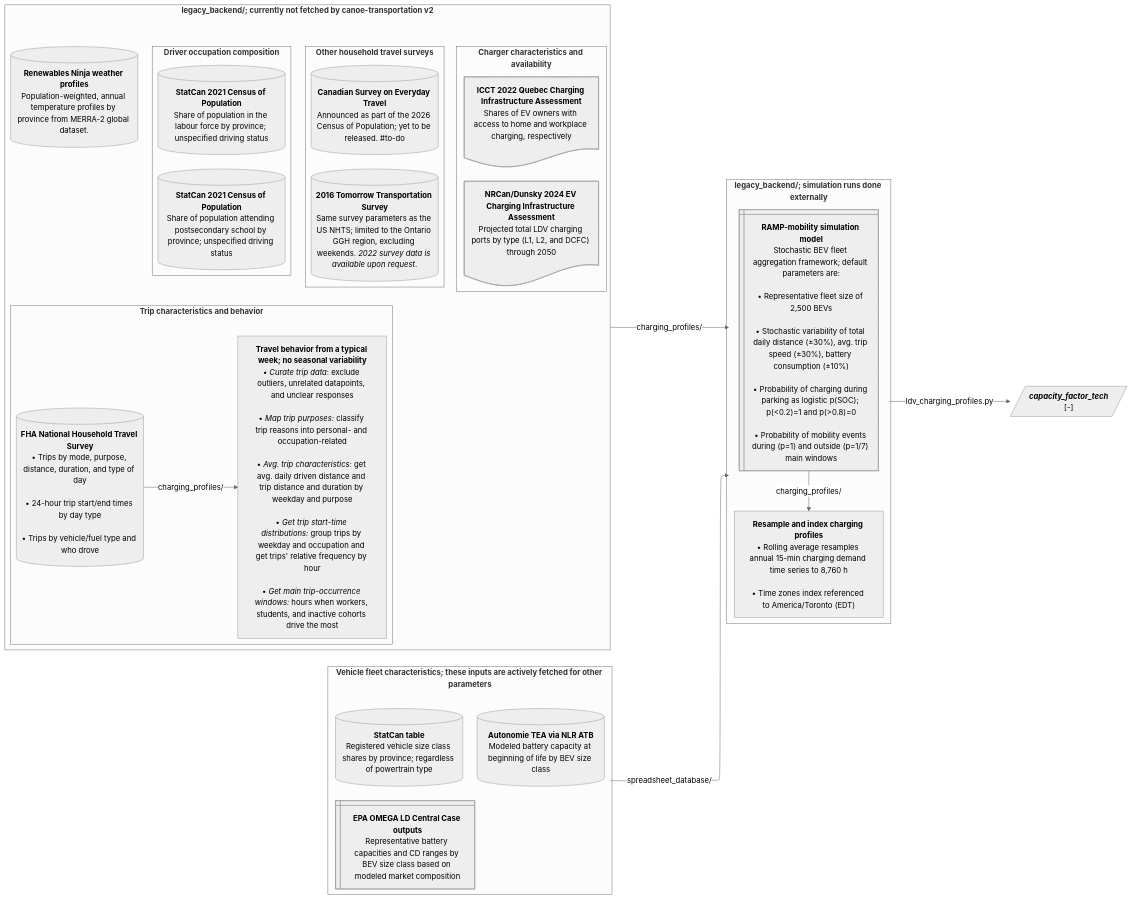
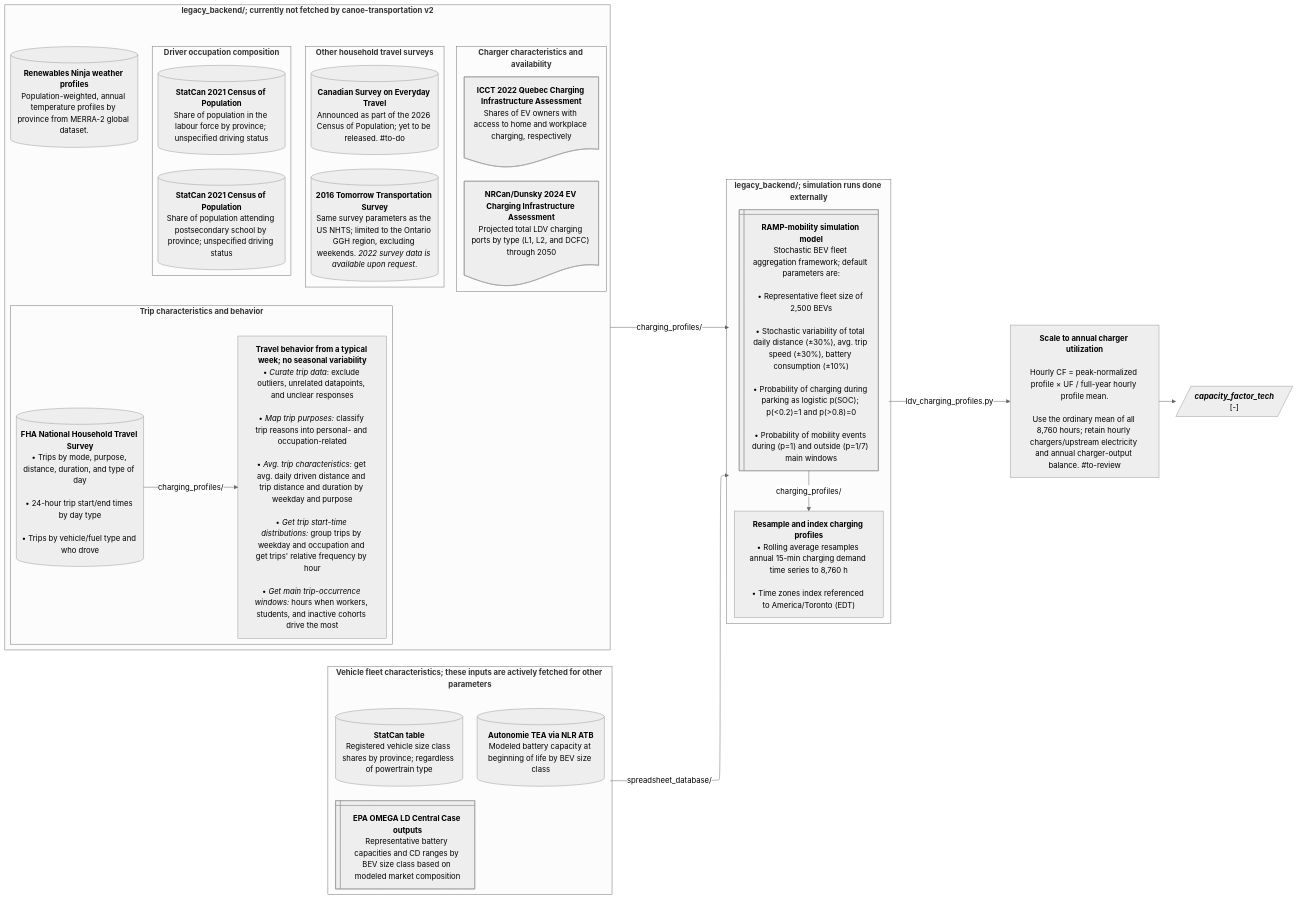
One commit to CANOE-main/canoe-transportation changed diagram 12 of 12 in docs/etl_flowcharts.md. Above: the diagram before and after it, drawn with Mermaid (neutral theme). The commit also changed other lines of this file and 26 other files, not shown here.

First line of the commit message:
Refactor road utilization and capacity factor records

```diff
--- a/docs/etl_flowcharts.md
+++ b/docs/etl_flowcharts.md
@@ -1122,7 +1122,10 @@
   legacy -- charging_profiles/ --> ramp
   vehicle -- spreadsheet_database/ --> ramp
 
-  ramp -- ldv_charging_profiles.py --> o1[/"`***capacity_factor_tech***
+  ramp -- ldv_charging_profiles.py --> p4["`**Scale to annual charger utilization**<br>
+    Hourly CF = peak-normalized profile × UF / full-year hourly profile mean.<br>
+    Use the ordinary mean of all 8,760 hours; retain hourly chargers/upstream electricity and annual charger-output balance. #to-review`"]
+  p4 --> o1[/"`***capacity_factor_tech***
     [-]`"/]
 
   %% --- Hyperlinks ---
```
